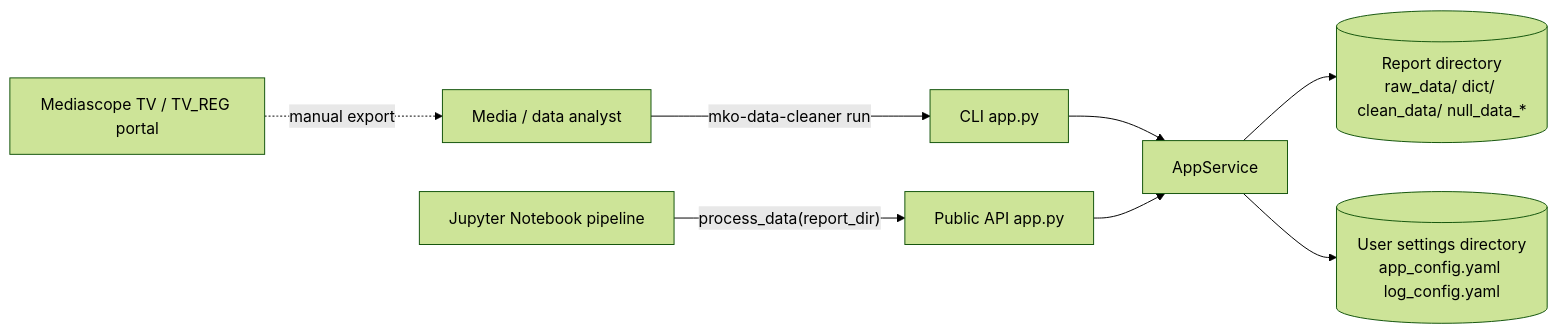
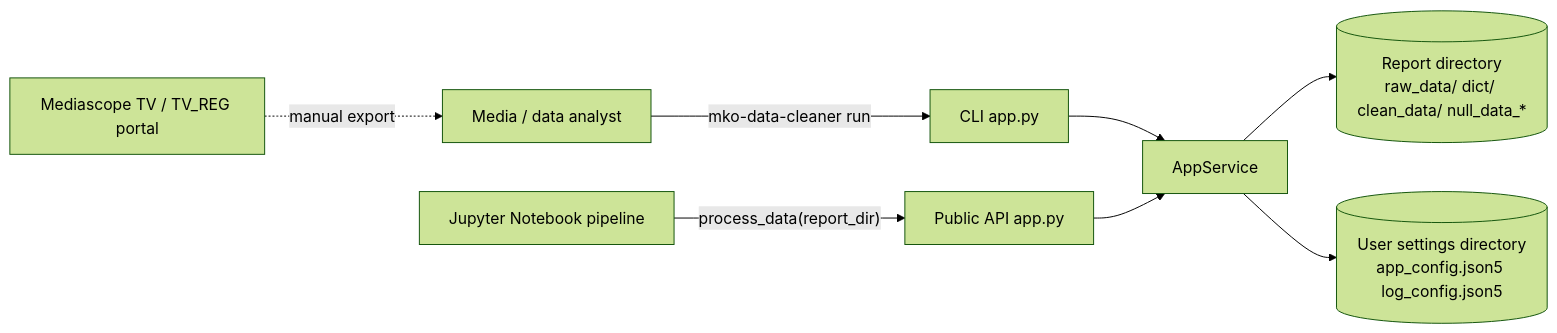
The first of 4 diagrams in docs/00-overview/architecture.md (manicko/mko_data_cleaner), drawn with Mermaid (forest theme) before and after one commit. The commit also changed other lines of this file and 6 other files, not shown here.

Commit message:
docs: update settings documentation to reference JSON5

````diff
--- a/docs/00-overview/architecture.md
+++ b/docs/00-overview/architecture.md
@@ -26,10 +26,10 @@
 ```mermaid
 flowchart LR
     Analyst[Media / data analyst] -->|"mko-data-cleaner run"| CLI[CLI app.py]
     Notebook[Jupyter Notebook pipeline] -->|"process_data(report_dir)"| API[Public API app.py]
     CLI --> Svc[AppService]
     API --> Svc
     Svc --> FS[("Report directory<br/>raw_data/ dict/ clean_data/ null_data_*")]
-    Svc --> Cfg[("User settings directory<br/>app_config.yaml log_config.yaml")]
+    Svc --> Cfg[("User settings directory<br/>app_config.json5 log_config.json5")]
     MS[Mediascope TV / TV_REG portal] -.->|"manual export"| Analyst
 ```
````
